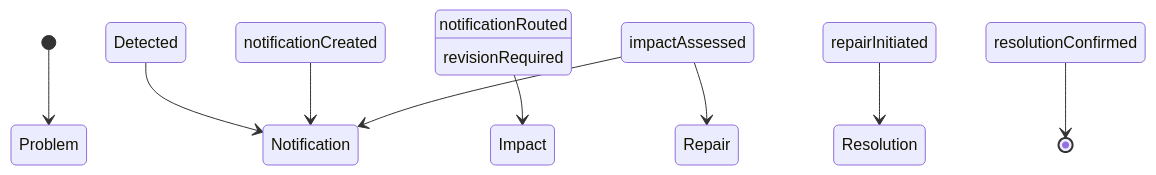
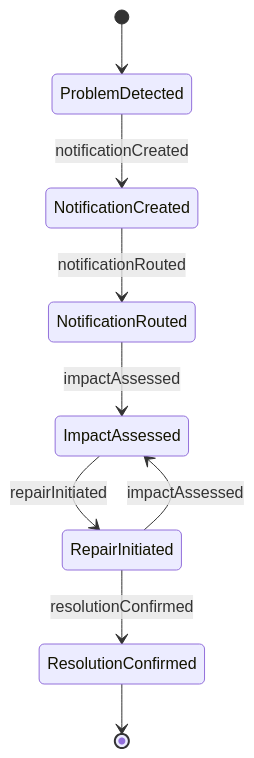
Before and after one commit to dot-org-ai/tasks.org.ai: the second of 4 diagrams in CommunicatingWithSupervisorsPeersOrSubordinates/NotifyOthersOfEmergenciesOrProblems/NotifyOthersEquipmentProblems.mdx, drawn with Mermaid. The commit also changed other lines of this file and 515 other files, not shown here.

````diff
--- a/CommunicatingWithSupervisorsPeersOrSubordinates/NotifyOthersOfEmergenciesOrProblems/NotifyOthersEquipmentProblems.mdx
+++ b/CommunicatingWithSupervisorsPeersOrSubordinates/NotifyOthersOfEmergenciesOrProblems/NotifyOthersEquipmentProblems.mdx
@@ -95,11 +95,11 @@
 ```mermaid
 stateDiagram-v2
-    [*] --> Problem Detected
-    Problem Detected --> Notification Created : notificationCreated
-    Notification Created --> Notification Routed : notificationRouted
-    Notification Routed --> Impact Assessed : impactAssessed
-    Impact Assessed --> Repair Initiated : repairInitiated
-    Repair Initiated --> Resolution Confirmed : resolutionConfirmed
-    Impact Assessed --> Notification Routed : revisionRequired
-    Resolution Confirmed --> [*]
+    [*] --> ProblemDetected
+    ProblemDetected --> NotificationCreated : notificationCreated
+    NotificationCreated --> NotificationRouted : notificationRouted
+    NotificationRouted --> ImpactAssessed : impactAssessed
+    ImpactAssessed --> RepairInitiated : repairInitiated
+    RepairInitiated --> ResolutionConfirmed : resolutionConfirmed
+    RepairInitiated --> ImpactAssessed : impactAssessed
+    ResolutionConfirmed --> [*]
 ```
````
